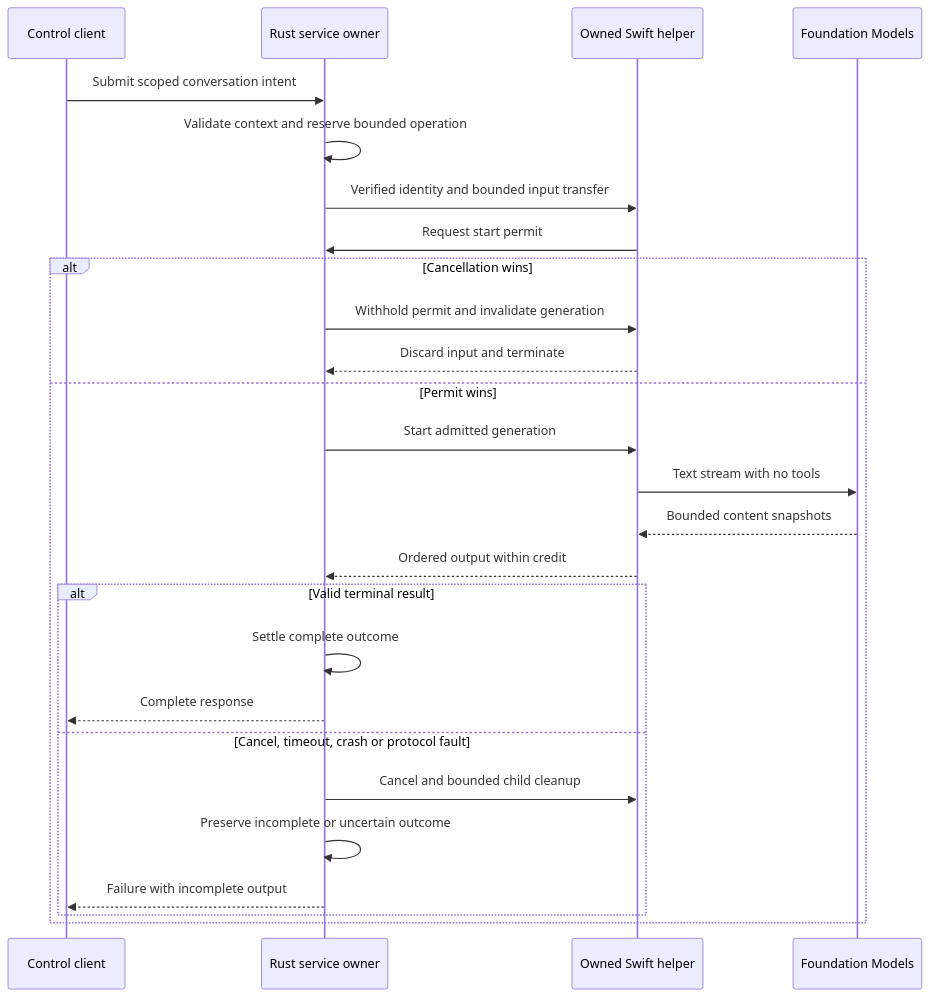
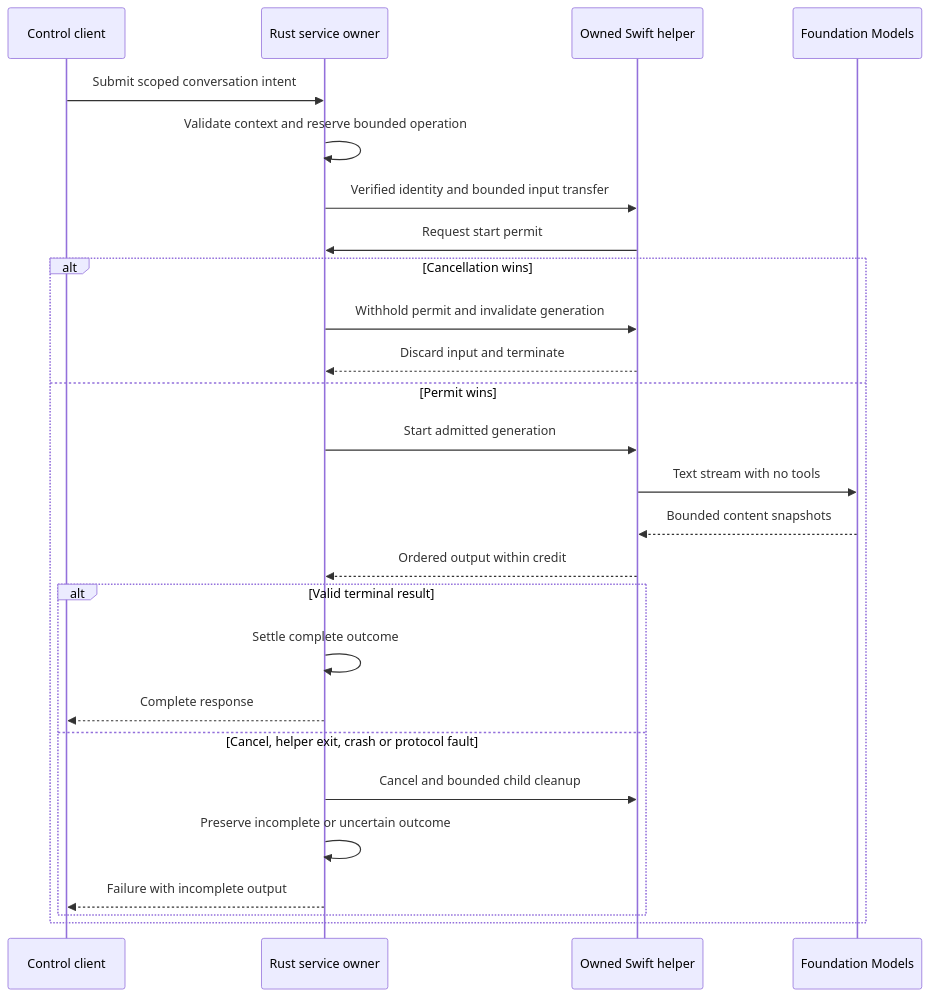
Before and after one commit to pidster/asura: the fourth of 4 diagrams in docs/designs/platform-capabilities.md, drawn with Mermaid. The commit also changed other lines of this file and 39 other files, not shown here.

````diff
--- a/docs/designs/platform-capabilities.md
+++ b/docs/designs/platform-capabilities.md
@@ -307,28 +311,28 @@
 ```mermaid
 sequenceDiagram
     participant C as Control client
     participant R as Rust service owner
     participant H as Owned Swift helper
     participant M as Foundation Models
     C->>R: Submit scoped conversation intent
     R->>R: Validate context and reserve bounded operation
     R->>H: Verified identity and bounded input transfer
     H->>R: Request start permit
     alt Cancellation wins
         R->>H: Withhold permit and invalidate generation
         H-->>R: Discard input and terminate
     else Permit wins
         R->>H: Start admitted generation
         H->>M: Text stream with no tools
         M-->>H: Bounded content snapshots
         H-->>R: Ordered output within credit
         alt Valid terminal result
             R->>R: Settle complete outcome
             R-->>C: Complete response
-        else Cancel, timeout, crash or protocol fault
+        else Cancel, helper exit, crash or protocol fault
             R->>H: Cancel and bounded child cleanup
             R->>R: Preserve incomplete or uncertain outcome
             R-->>C: Failure with incomplete output
         end
     end
 ```
````
